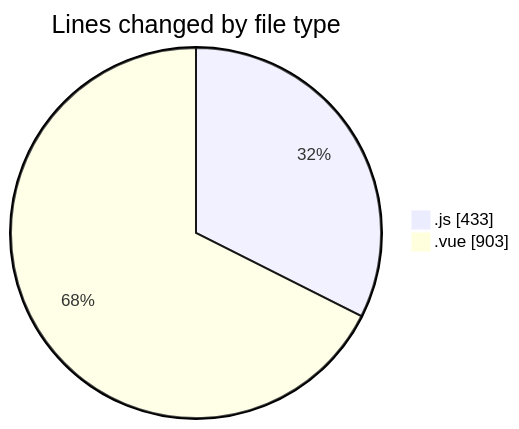
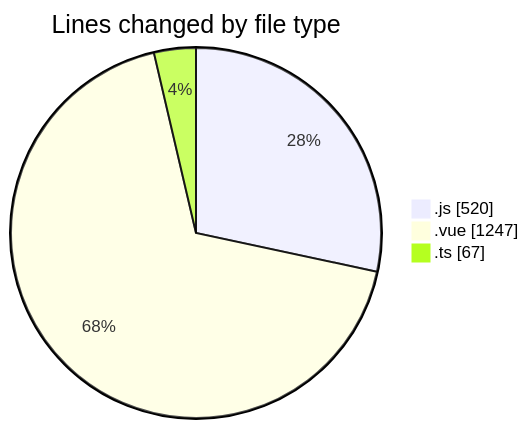
Before and after one commit to lephambinh05/code-tracking: the first of 2 diagrams in 2025-08-17/rentotp/README.md, drawn with Mermaid. The commit also changed other lines of this file and 1 other file, not shown here.

````diff
--- a/2025-08-17/rentotp/README.md
+++ b/2025-08-17/rentotp/README.md
@@ -27,6 +33,7 @@
 ```mermaid
 pie showData
 title Lines changed by file type
-".js" : 433
-".vue" : 903
+".js" : 520
+".vue" : 1247
+".ts" : 67
 ```
````
